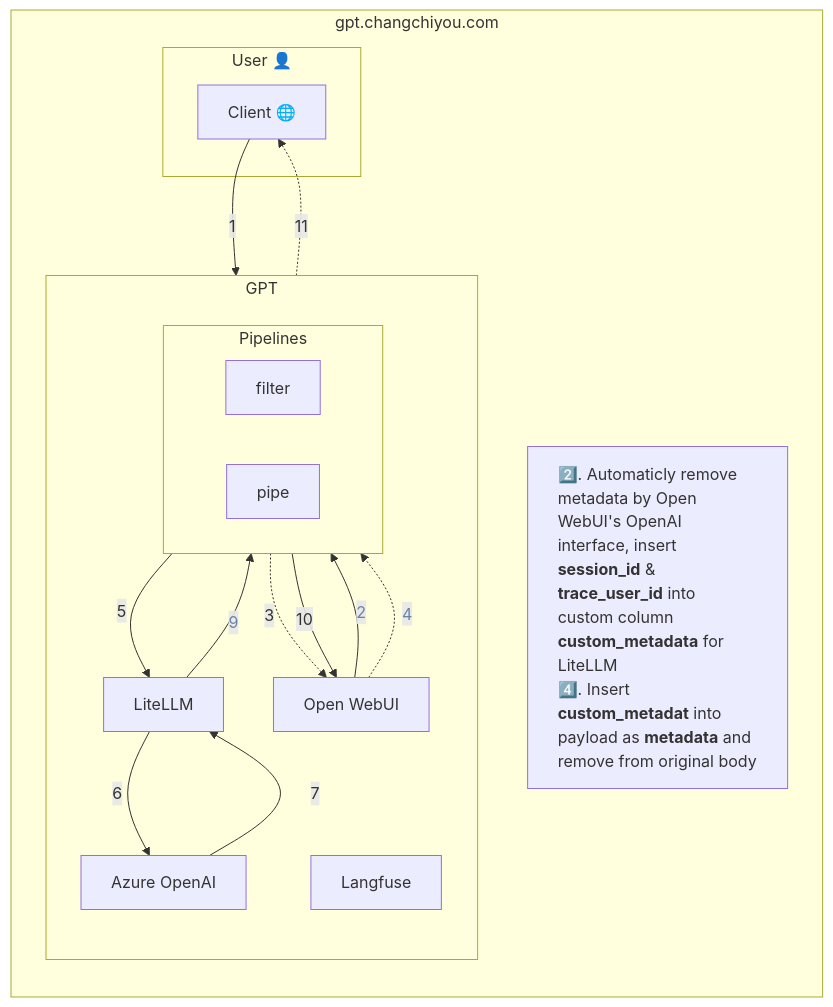
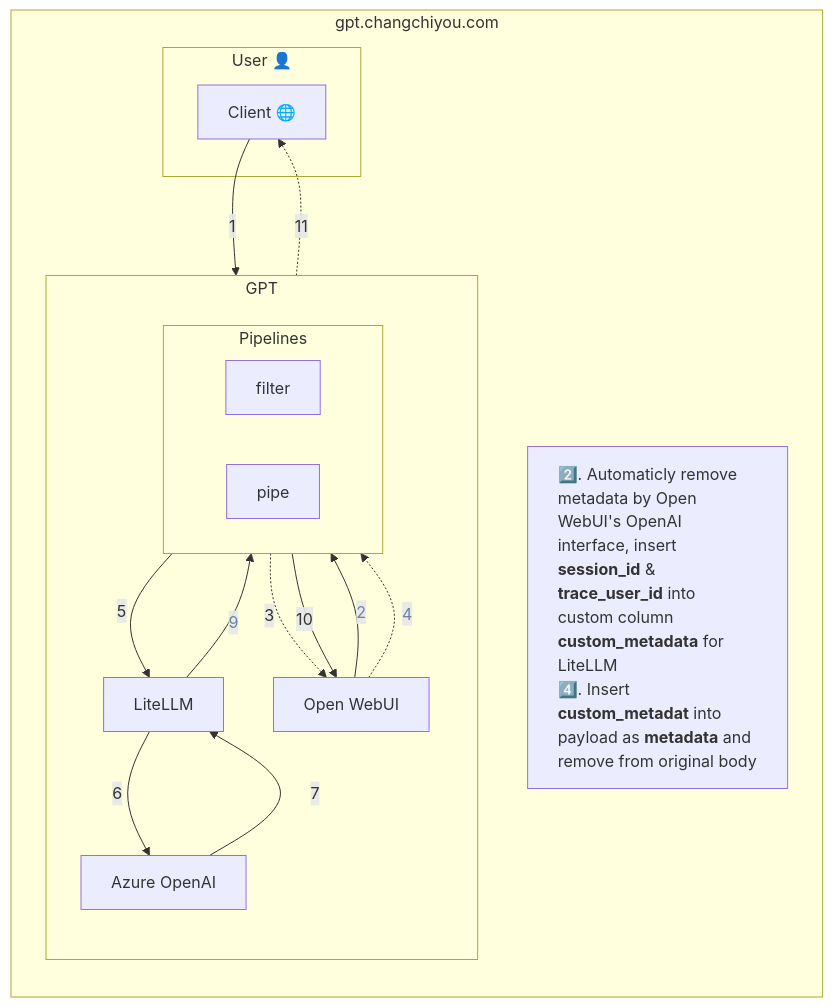
The second of 2 diagrams in openwebui/README.md (changchiyou/Docker), drawn with Mermaid before and after one commit. The commit also changed other lines of this file, not shown here.

````diff
--- a/openwebui/README.md
+++ b/openwebui/README.md
@@ -57,40 +55,39 @@
 ```mermaid
 graph TB
     subgraph gpt.changchiyou.com
         direction TB
         subgraph "User 👤"
             Client[Client 🌐]
         end
         note["`2️⃣. Automaticly remove metadata by Open WebUI's OpenAI interface, insert **session_id** & **trace_user_id** into custom column **custom_metadata** for LiteLLM
             4️⃣. Insert **custom_metadat** into payload as **metadata** and remove from original body`"]
         subgraph GPT
             direction TB
             OW[Open WebUI]
             AO[Azure OpenAI]
-            Langfuse
             LiteLLM
             subgraph Pipelines
                 direction LR
                 filter
                 pipe
             end
         end
     end
 
     Client -->|1| OW
     OW -->|2| filter
     filter -.->|3| OW
     OW -.->|4| pipe
     pipe -->|5| LiteLLM
     LiteLLM -->|6| AO
     AO -->|7| LiteLLM
     LiteLLM -->|9| pipe
     pipe -->|10| OW
     OW -.->|11| Client
 
     linkStyle 1 color:#6a83a8
     linkStyle 3 color:#6a83a8
     linkStyle 7 color:#6a83a8
 
     style note text-align: left
 ```
````
